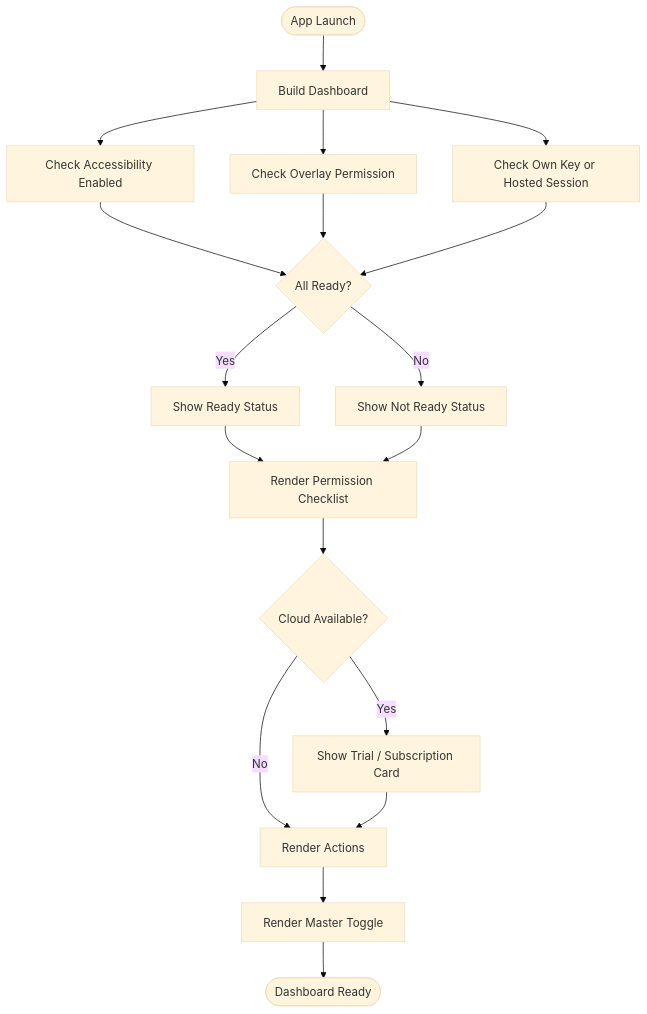
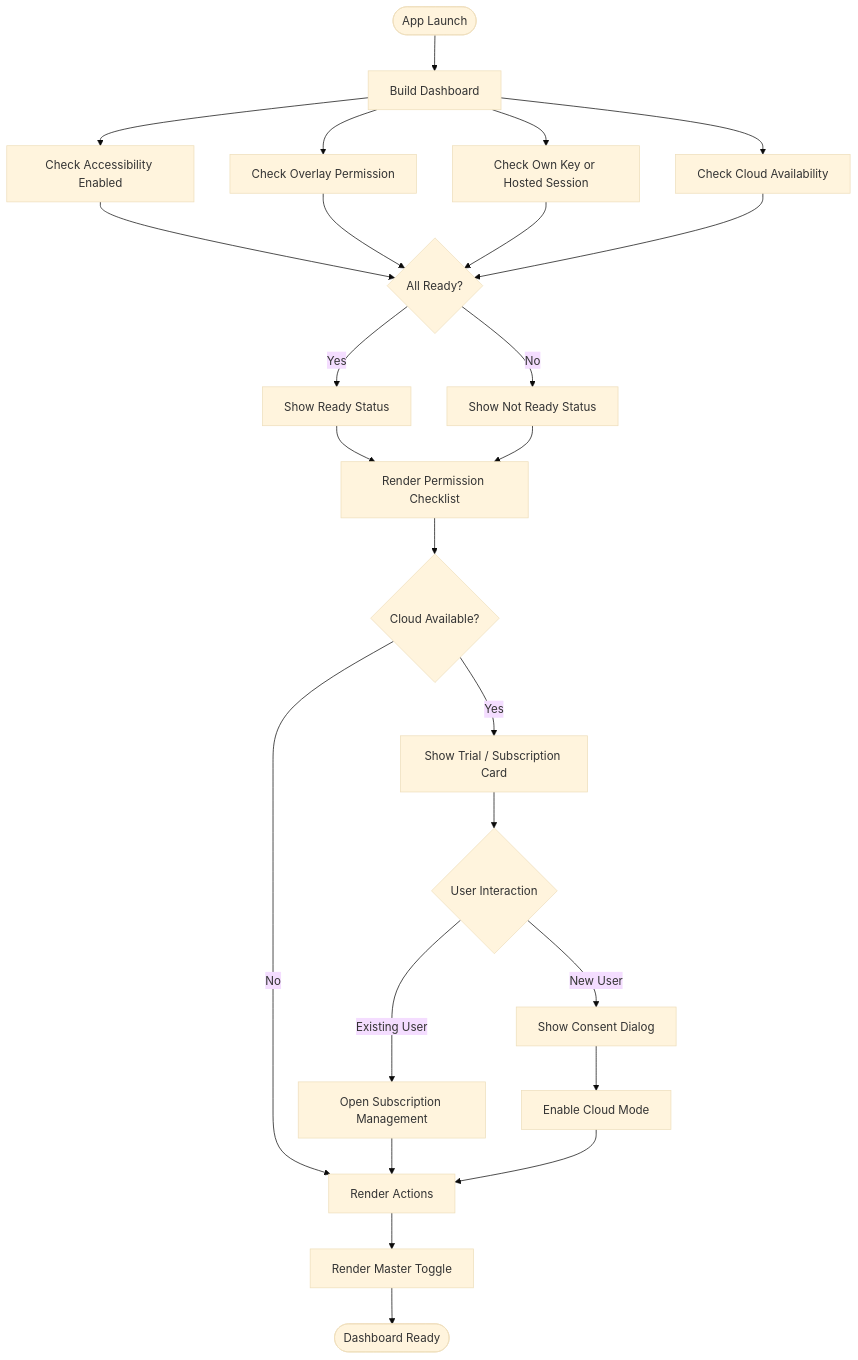
One commit to DeloYong/jev-chat-jarvis changed the third of 10 diagrams in .qoder/repowiki/en/content/User Interface Components/Main Application Interface.md. Above: the diagram before and after it, drawn with Mermaid (base theme). The commit also changed other lines of this file and 66 other files, not shown here.

````diff
--- a/.qoder/repowiki/en/content/User Interface Components/Main Application Interface.md
+++ b/.qoder/repowiki/en/content/User Interface Components/Main Application Interface.md
@@ -144,20 +178,27 @@
 ```mermaid
 flowchart TD
 Start(["App Launch"]) --> Build["Build Dashboard"]
 Build --> CheckA11y["Check Accessibility Enabled"]
 Build --> CheckOverlay["Check Overlay Permission"]
 Build --> CheckAccess["Check Own Key or Hosted Session"]
+Build --> CheckCloud["Check Cloud Availability"]
 CheckA11y --> Ready{"All Ready?"}
 CheckOverlay --> Ready
 CheckAccess --> Ready
+CheckCloud --> Ready
 Ready --> |Yes| ShowReady["Show Ready Status"]
 Ready --> |No| ShowNotReady["Show Not Ready Status"]
 ShowReady --> Permissions["Render Permission Checklist"]
 ShowNotReady --> Permissions
 Permissions --> CloudCard{"Cloud Available?"}
 CloudCard --> |Yes| ShowCloud["Show Trial / Subscription Card"]
 CloudCard --> |No| Actions["Render Actions"]
-ShowCloud --> Actions
+ShowCloud --> CloudFlow{"User Interaction"}
+CloudFlow --> |New User| Consent["Show Consent Dialog"]
+CloudFlow --> |Existing User| Manage["Open Subscription Management"]
+Consent --> Enable["Enable Cloud Mode"]
+Manage --> Actions
+Enable --> Actions
 Actions --> Toggle["Render Master Toggle"]
 Toggle --> End(["Dashboard Ready"])
 ```
````
